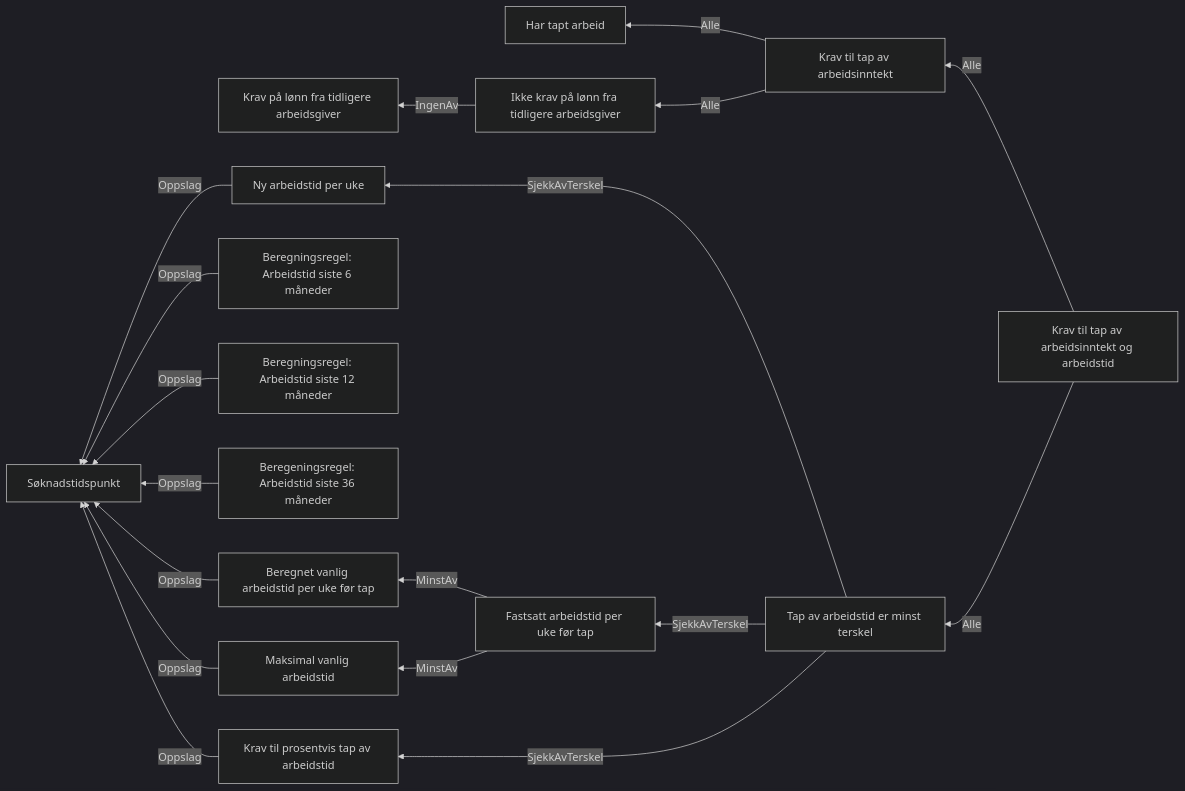
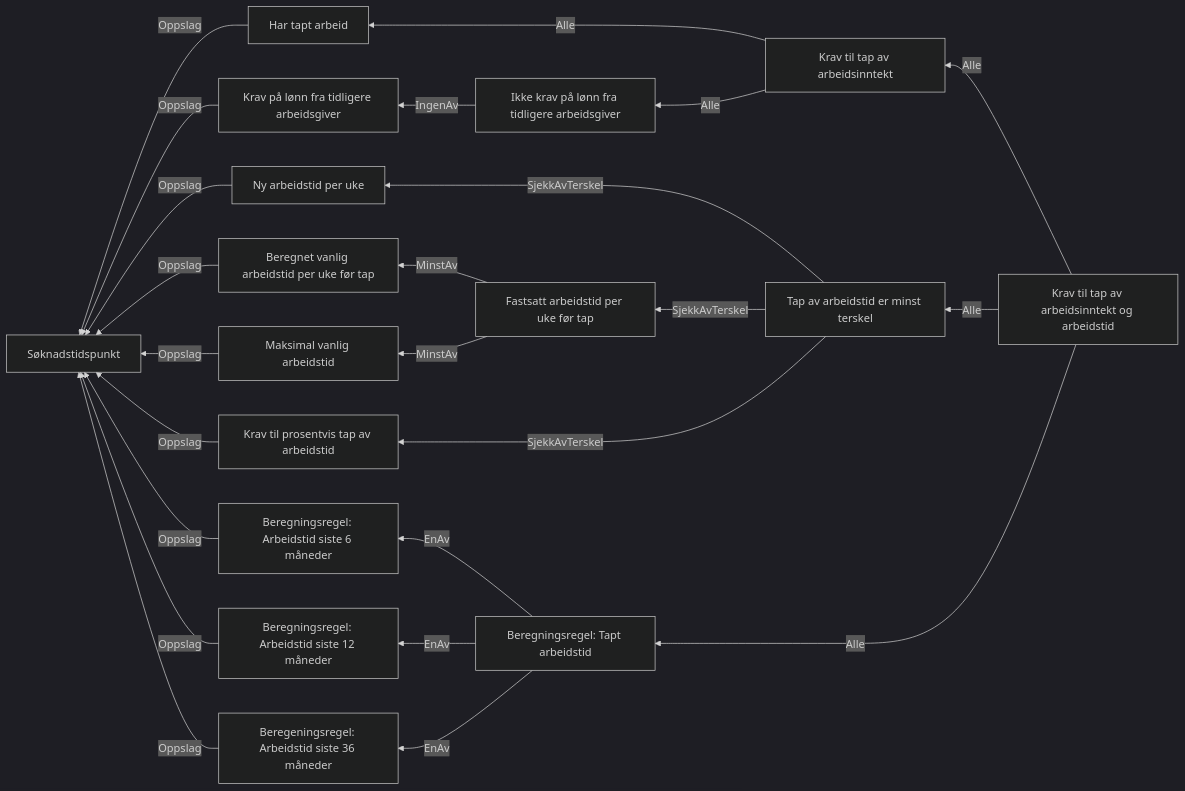
The diagram in docs/regler/§ 4-3. Tap av arbeidsinntekt og arbeidstid.approved.md (navikt/dp-vedtak), drawn with Mermaid (dark theme) before and after one commit. The commit also changed 30 other files, not shown here.

Commit message:
Lagt til beregningsregel for tapt arbeidstid og laget en avklaring om at den må settes. Gjort om på behandlingsflyten og lagt kilde til avklaringer. TODO: Lagre kilde og snu avhengighet fra opplysning til kilde, lagre opprettet dato for hendelser.

````diff
--- a/docs/regler/§ 4-3. Tap av arbeidsinntekt og arbeidstid.approved.md
+++ b/docs/regler/§ 4-3. Tap av arbeidsinntekt og arbeidstid.approved.md
@@ -5,20 +5,26 @@
 ```mermaid
 graph RL
-  A["Ikke krav på lønn fra tidligere arbeidsgiver"] -->|"IngenAv"| B["Krav på lønn fra tidligere arbeidsgiver"]
-  C["Krav til tap av arbeidsinntekt"] -->|"Alle"| D["Har tapt arbeid"]
-  C["Krav til tap av arbeidsinntekt"] -->|"Alle"| A["Ikke krav på lønn fra tidligere arbeidsgiver"]
-  E["Krav til prosentvis tap av arbeidstid"] -->|"Oppslag"| F["Søknadstidspunkt"]
-  G["Beregningsregel: Arbeidstid siste 6 måneder"] -->|"Oppslag"| F["Søknadstidspunkt"]
-  H["Beregningsregel: Arbeidstid siste 12 måneder"] -->|"Oppslag"| F["Søknadstidspunkt"]
-  I["Beregeningsregel: Arbeidstid siste 36 måneder"] -->|"Oppslag"| F["Søknadstidspunkt"]
-  J["Beregnet vanlig arbeidstid per uke før tap"] -->|"Oppslag"| F["Søknadstidspunkt"]
-  K["Ny arbeidstid per uke"] -->|"Oppslag"| F["Søknadstidspunkt"]
-  L["Maksimal vanlig arbeidstid"] -->|"Oppslag"| F["Søknadstidspunkt"]
+  A["Har tapt arbeid"] -->|"Oppslag"| B["Søknadstidspunkt"]
+  C["Krav på lønn fra tidligere arbeidsgiver"] -->|"Oppslag"| B["Søknadstidspunkt"]
+  D["Ikke krav på lønn fra tidligere arbeidsgiver"] -->|"IngenAv"| C["Krav på lønn fra tidligere arbeidsgiver"]
+  E["Krav til tap av arbeidsinntekt"] -->|"Alle"| A["Har tapt arbeid"]
+  E["Krav til tap av arbeidsinntekt"] -->|"Alle"| D["Ikke krav på lønn fra tidligere arbeidsgiver"]
+  F["Krav til prosentvis tap av arbeidstid"] -->|"Oppslag"| B["Søknadstidspunkt"]
+  G["Beregningsregel: Arbeidstid siste 6 måneder"] -->|"Oppslag"| B["Søknadstidspunkt"]
+  H["Beregningsregel: Arbeidstid siste 12 måneder"] -->|"Oppslag"| B["Søknadstidspunkt"]
+  I["Beregeningsregel: Arbeidstid siste 36 måneder"] -->|"Oppslag"| B["Søknadstidspunkt"]
+  J["Beregnet vanlig arbeidstid per uke før tap"] -->|"Oppslag"| B["Søknadstidspunkt"]
+  K["Ny arbeidstid per uke"] -->|"Oppslag"| B["Søknadstidspunkt"]
+  L["Maksimal vanlig arbeidstid"] -->|"Oppslag"| B["Søknadstidspunkt"]
   M["Fastsatt arbeidstid per uke før tap"] -->|"MinstAv"| J["Beregnet vanlig arbeidstid per uke før tap"]
   M["Fastsatt arbeidstid per uke før tap"] -->|"MinstAv"| L["Maksimal vanlig arbeidstid"]
   N["Tap av arbeidstid er minst terskel"] -->|"SjekkAvTerskel"| K["Ny arbeidstid per uke"]
   N["Tap av arbeidstid er minst terskel"] -->|"SjekkAvTerskel"| M["Fastsatt arbeidstid per uke før tap"]
-  N["Tap av arbeidstid er minst terskel"] -->|"SjekkAvTerskel"| E["Krav til prosentvis tap av arbeidstid"]
-  O["Krav til tap av arbeidsinntekt og arbeidstid"] -->|"Alle"| C["Krav til tap av arbeidsinntekt"]
-  O["Krav til tap av arbeidsinntekt og arbeidstid"] -->|"Alle"| N["Tap av arbeidstid er minst terskel"]
+  N["Tap av arbeidstid er minst terskel"] -->|"SjekkAvTerskel"| F["Krav til prosentvis tap av arbeidstid"]
+  O["Beregningsregel: Tapt arbeidstid"] -->|"EnAv"| G["Beregningsregel: Arbeidstid siste 6 måneder"]
+  O["Beregningsregel: Tapt arbeidstid"] -->|"EnAv"| H["Beregningsregel: Arbeidstid siste 12 måneder"]
+  O["Beregningsregel: Tapt arbeidstid"] -->|"EnAv"| I["Beregeningsregel: Arbeidstid siste 36 måneder"]
+  P["Krav til tap av arbeidsinntekt og arbeidstid"] -->|"Alle"| E["Krav til tap av arbeidsinntekt"]
+  P["Krav til tap av arbeidsinntekt og arbeidstid"] -->|"Alle"| N["Tap av arbeidstid er minst terskel"]
+  P["Krav til tap av arbeidsinntekt og arbeidstid"] -->|"Alle"| O["Beregningsregel: Tapt arbeidstid"]
 ```
````
